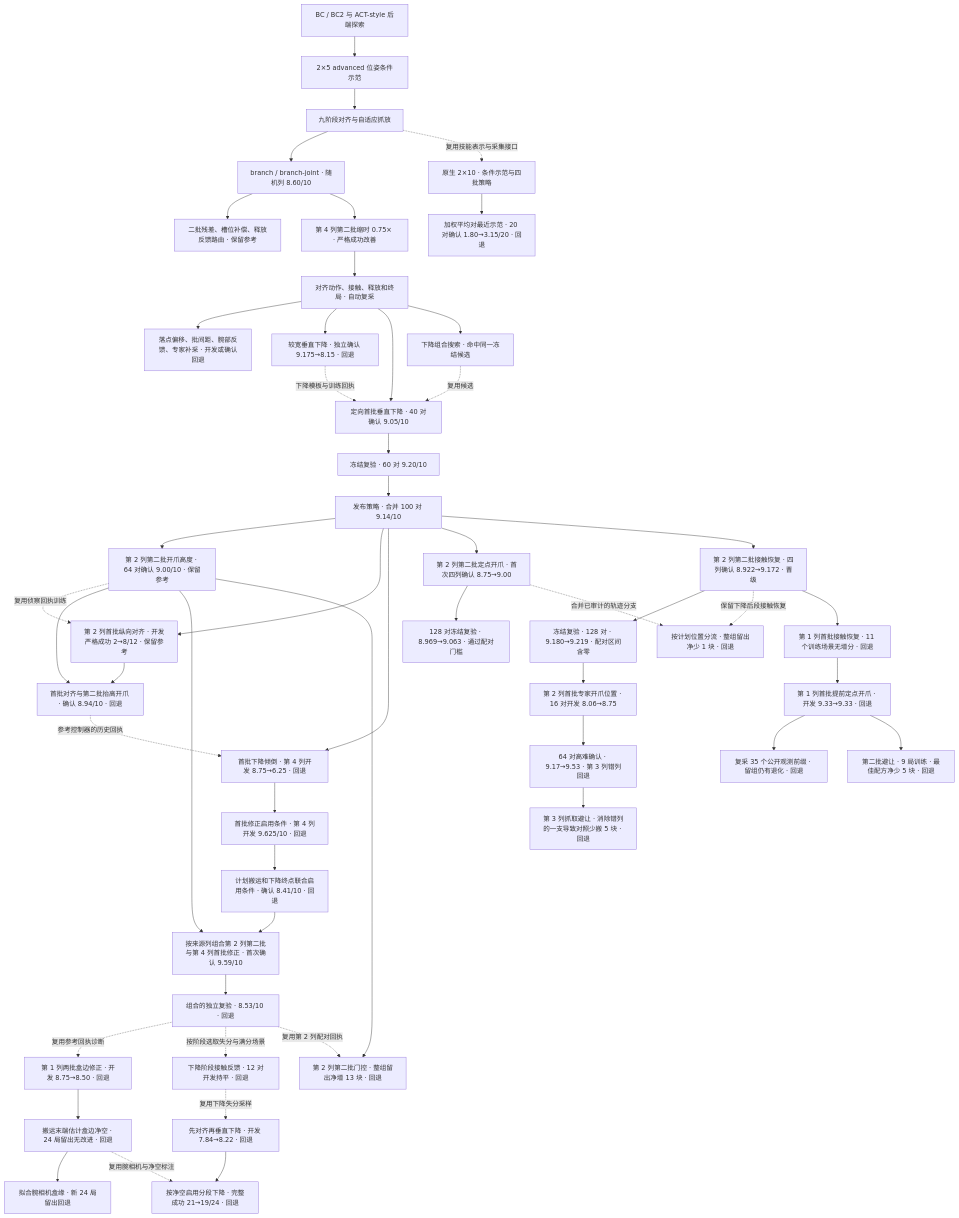
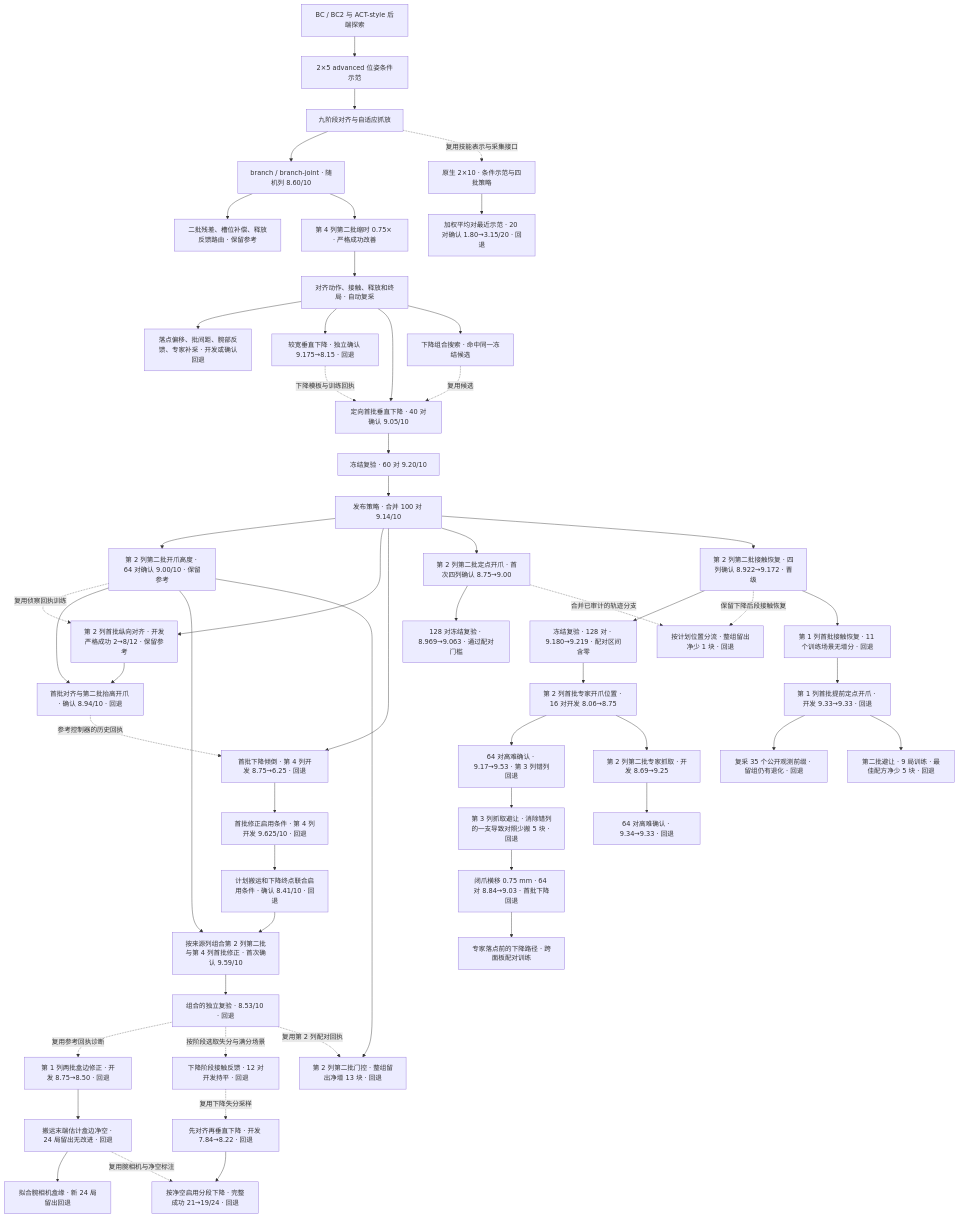
Before and after one commit to haiyouxiaji/a3-agent-optimizer: the second of 2 diagrams in docs/A3_EXPERIMENT_TREE.md, drawn with Mermaid. The commit also changed other lines of this file and 32 other files, not shown here.

````diff
--- a/docs/A3_EXPERIMENT_TREE.md
+++ b/docs/A3_EXPERIMENT_TREE.md
@@ -19,53 +19,57 @@
 ```mermaid
 flowchart TD
     BC["BC / BC2 与 ACT-style 后端探索"] --> ADV["2×5 advanced 位姿条件示范"]
     ADV --> PH["九阶段对齐与自适应抓放"]
     PH --> BJ["branch / branch-joint · 随机列 8.60/10"]
     BJ --> REL["二批残差、槽位补偿、释放反馈路由 · 保留参考"]
     BJ --> TIM["第 4 列第二批缩时 0.75× · 严格成功改善"]
     TIM --> DIAG["对齐动作、接触、释放和终局 · 自动复采"]
     DIAG --> OFF["落点偏移、批间距、腕部反馈、专家补采 · 开发或确认回退"]
     DIAG --> WIDE["较宽垂直下降 · 独立确认 9.175→8.15 · 回退"]
     DIAG --> FOCUS["定向首批垂直下降 · 40 对确认 9.05/10"]
     WIDE -.->|下降模板与训练回执| FOCUS
     DIAG --> DUP["下降组合搜索 · 命中同一冻结候选"]
     DUP -.->|复用候选| FOCUS
     FOCUS --> REP["冻结复验 · 60 对 9.20/10"]
     REP --> BEST["发布策略 · 合并 100 对 9.14/10"]
     BEST --> HOVER["第 2 列第二批开爪高度 · 64 对确认 9.00/10 · 保留参考"]
     BEST --> ROW["第 2 列首批纵向对齐 · 开发严格成功 2→8/12 · 保留参考"]
     HOVER -.->|复用侦察回执训练| ROW
     HOVER --> COMPOSE["首批对齐与第二批抬高开爪 · 确认 8.94/10 · 回退"]
     ROW --> COMPOSE
     BEST --> FIRSTHOVER["首批下降倾倒 · 第 4 列开发 8.75→6.25 · 回退"]
     COMPOSE -.->|参考控制器的历史回执| FIRSTHOVER
     FIRSTHOVER --> GUARD["首批修正启用条件 · 第 4 列开发 9.625/10 · 回退"]
     GUARD --> PROJECT["计划搬运和下降终点联合启用条件 · 确认 8.41/10 · 回退"]
     PROJECT --> ROUTED["按来源列组合第 2 列第二批与第 4 列首批修正 · 首次确认 9.59/10"]
     HOVER --> ROUTED
     ROUTED --> ROUTEDREP["组合的独立复验 · 8.53/10 · 回退"]
     ROUTEDREP -.->|复用参考回执诊断| WALL["第 1 列两批盒边修正 · 开发 8.75→8.50 · 回退"]
     WALL --> SENSE["搬运末端估计盒边净空 · 24 局留出无改进 · 回退"]
     SENSE --> EDGES["拟合腕相机盒缘 · 新 24 局留出回退"]
     ROUTEDREP -.->|按阶段选取失分与满分场景| FORCE["下降阶段接触反馈 · 12 对开发持平 · 回退"]
     HOVER --> LATE["第 2 列第二批门控 · 整组留出净增 13 块 · 回退"]
     ROUTEDREP -.->|复用第 2 列配对回执| LATE
     FORCE -.->|复用下降失分采样| STAGED["先对齐再垂直下降 · 开发 7.84→8.22 · 回退"]
     STAGED --> STAGEDGATE["按净空启用分段下降 · 完整成功 21→19/24 · 回退"]
     SENSE -.->|复用腕相机与净空标注| STAGEDGATE
     BEST --> HOLD["第 2 列第二批定点开爪 · 首次四列确认 8.75→9.00"]
     HOLD --> HOLDREP["128 对冻结复验 · 8.969→9.063 · 通过配对门槛"]
     BEST --> RECOVERY["第 2 列第二批接触恢复 · 四列确认 8.922→9.172 · 晋级"]
     RECOVERY --> RECOVERYREP["冻结复验 · 128 对 · 9.180→9.219 · 配对区间含零"]
     HOLD -.->|合并已审计的轨迹分支| RELEASEGATE["按计划位置分流 · 整组留出净少 1 块 · 回退"]
     RECOVERY -.->|保留下降后段接触恢复| RELEASEGATE
     RECOVERY --> FIRSTREC["第 1 列首批接触恢复 · 11 个训练场景无增分 · 回退"]
     FIRSTREC --> EARLY["第 1 列首批提前定点开爪 · 开发 9.33→9.33 · 回退"]
     EARLY --> FIRSTGATE["复采 35 个公开观测前缀 · 留组仍有退化 · 回退"]
     EARLY --> INTERBATCH["第二批避让 · 9 局训练 · 最佳配方净少 5 块 · 回退"]
     RECOVERYREP --> EXPERTLAND["第 2 列首批专家开爪位置 · 16 对开发 8.06→8.75"]
     EXPERTLAND --> EXPERTCONF["64 对高难确认 · 9.17→9.53 · 第 3 列错列回退"]
     EXPERTCONF --> SOURCEGUARD["第 3 列抓取避让 · 消除错列的一支导致对照少搬 5 块 · 回退"]
+    SOURCEGUARD --> GUARDREFINE["闭爪横移 0.75 mm · 64 对 8.84→9.03 · 首批下降回退"]
+    GUARDREFINE --> LANDINGPATH["专家落点前的下降路径 · 跨面板配对训练"]
+    EXPERTLAND --> EXPERTGRASP["第 2 列第二批专家抓取 · 开发 8.69→9.25"]
+    EXPERTGRASP --> GRASPCONF["64 对高难确认 · 9.34→9.33 · 回退"]
     PH -.->|复用技能表示与采集接口| TEN["原生 2×10 · 条件示范与四批策略"]
     TEN --> TR["加权平均对最近示范 · 20 对确认 1.80→3.15/20 · 回退"]
 ```
````
